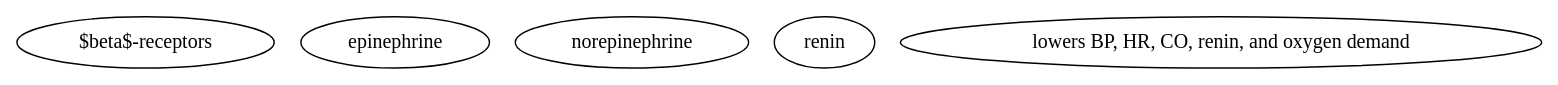
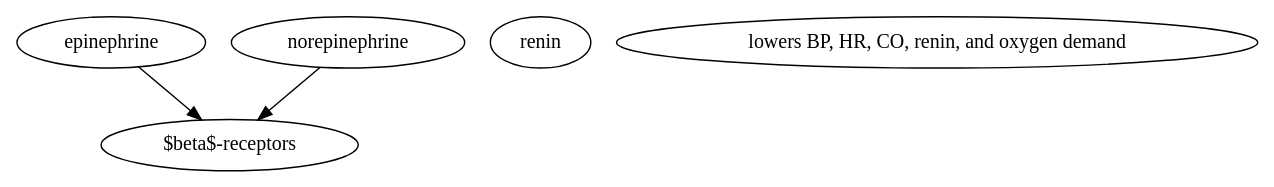
The second of 2 diagrams in NURS380_Practicum/Topics/Pharmacology/Cardiology Basics.md (meirisoda/school_spring2024), drawn with Graphviz before and after one commit.

Commit message:
vault backup: 2024-02-19 16:28:15

````diff
--- a/NURS380_Practicum/Topics/Pharmacology/Cardiology Basics.md
+++ b/NURS380_Practicum/Topics/Pharmacology/Cardiology Basics.md
@@ -38,11 +38,11 @@
 ```dot
 digraph G {
 	A [label="$beta$-receptors"];
 	B [label="epinephrine"];
 	C [label="norepinephrine"];
 	D [label="renin"];
 	E [label="lowers BP, HR, CO, renin, and oxygen demand"];
 
-	A 
+	{B,C} -> A
 }
 ```
````
